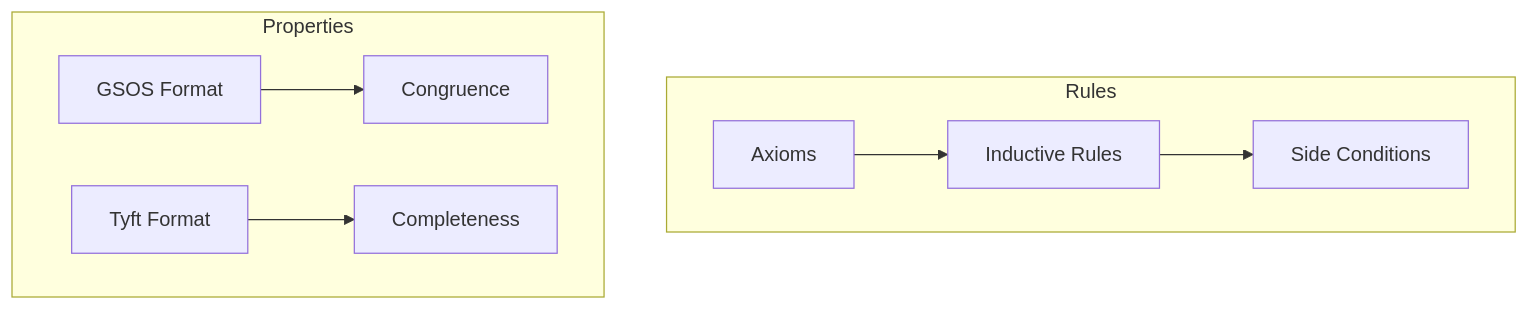
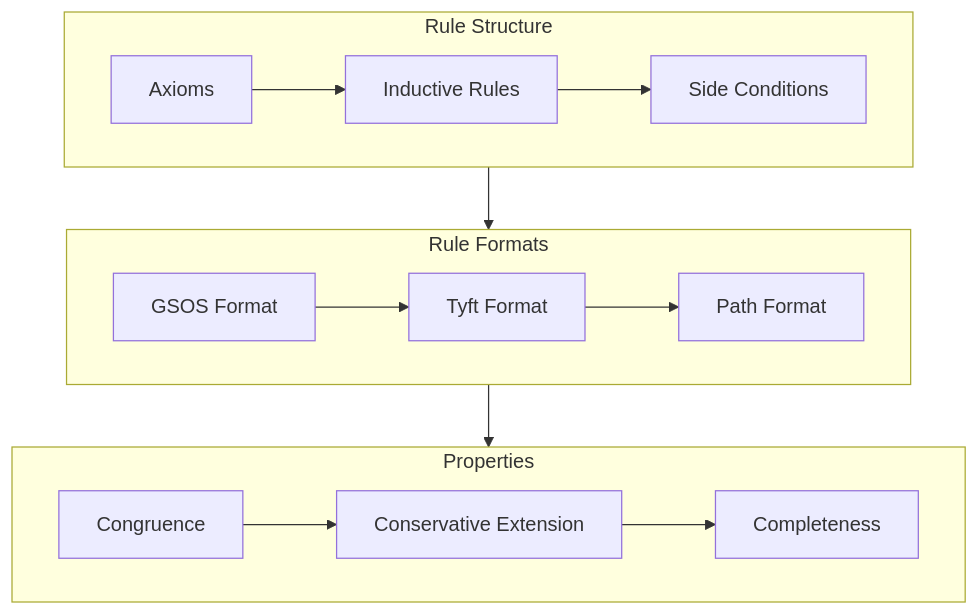
Before and after one commit to yshaaban/pa: the fourth of 9 diagrams in process-algebra-verifier/docs/theory.md, drawn with Mermaid. The commit also changed other lines of this file, not shown here.

First line of the commit message:
fix: further improve theory.md mermaid diagrams

````diff
--- a/process-algebra-verifier/docs/theory.md
+++ b/process-algebra-verifier/docs/theory.md
@@ -92,20 +93,28 @@
 ```mermaid
 graph TB
-    Axioms[Axioms]
-    Induct[Inductive Rules]
-    Side[Side Conditions]
-    GSOS[GSOS Format]
-    TyFT[Tyft Format]
-    Congr[Congruence]
-    Complete[Completeness]
-
-    subgraph Rules
-        Axioms --> Induct
-        Induct --> Side
+    subgraph Rules[Rule Structure]
+        direction LR
+        Axioms[Axioms]
+        Induct[Inductive Rules]
+        Side[Side Conditions]
+        Axioms --> Induct --> Side
     end
 
-    subgraph Properties
-        GSOS --> Congr
-        TyFT --> Complete
+    subgraph Formats[Rule Formats]
+        direction LR
+        GSOS[GSOS Format]
+        TyFT[Tyft Format]
+        Path[Path Format]
+        GSOS --> TyFT --> Path
     end
+
+    subgraph Props[Properties]
+        direction LR
+        Congr[Congruence]
+        Conserv[Conservative Extension]
+        Complete[Completeness]
+        Congr --> Conserv --> Complete
+    end
+
+    Rules --> Formats --> Props
 ```
````
